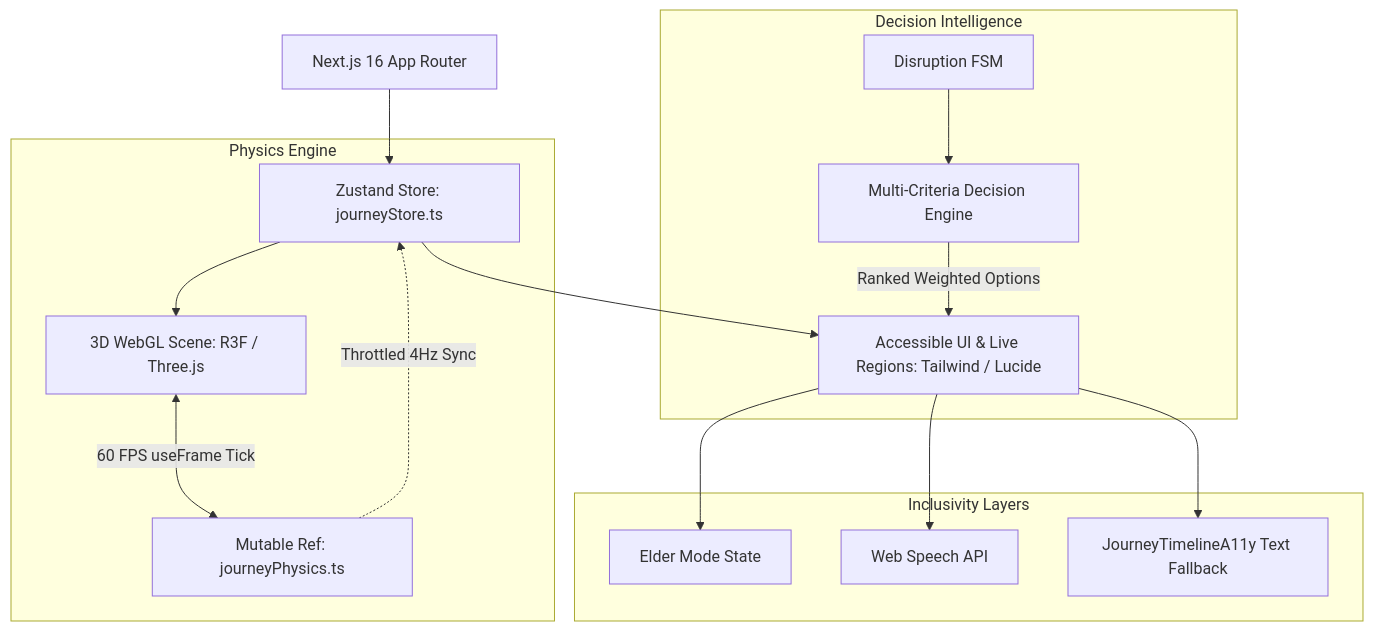
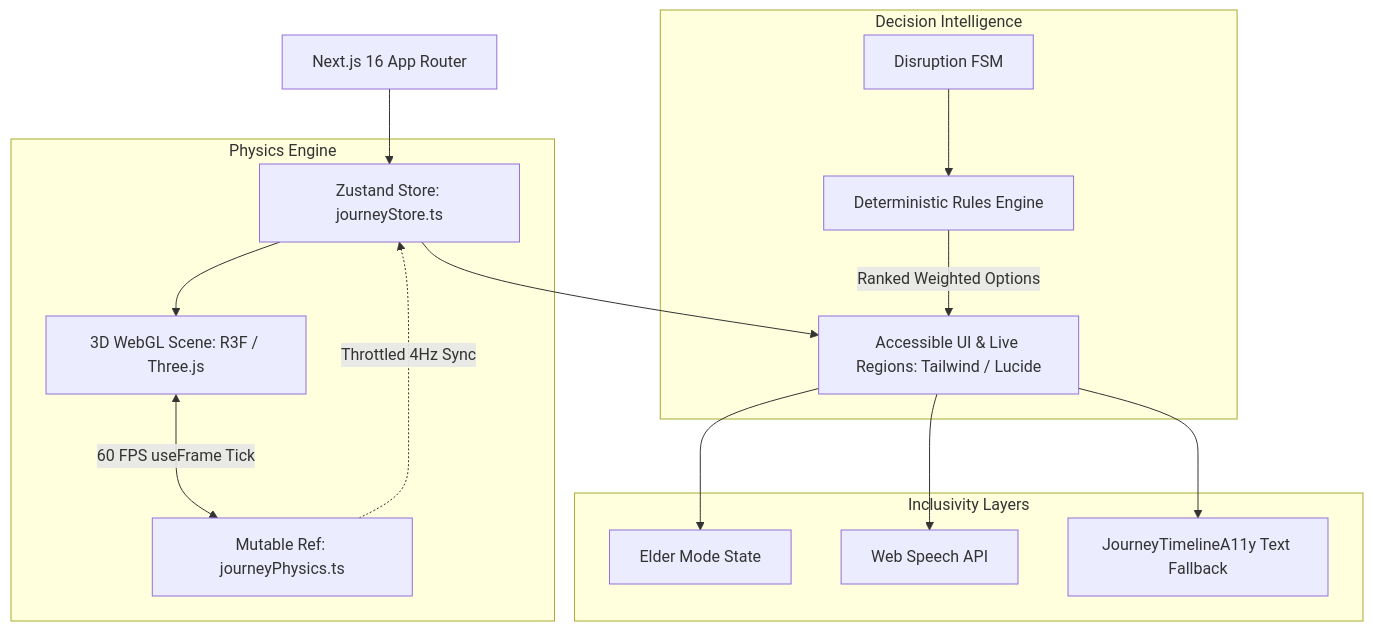
The diagram in README.md (Jatinkumar2503/Sahayak), drawn with Mermaid before and after one commit. The commit also changed other lines of this file and 20 other files, not shown here.

````diff
--- a/README.md
+++ b/README.md
@@ -28,23 +28,23 @@
 ```mermaid
 graph TD
     A[Next.js 16 App Router] --> B[Zustand Store: journeyStore.ts]
     B --> C[3D WebGL Scene: R3F / Three.js]
     B --> D[Accessible UI & Live Regions: Tailwind / Lucide]
     
     subgraph Physics Engine
         E[Mutable Ref: journeyPhysics.ts]
         C <-->|60 FPS useFrame Tick| E
         E -.->|Throttled 4Hz Sync| B
     end
     
     subgraph Decision Intelligence
-        F[Disruption FSM] --> G[Multi-Criteria Decision Engine]
+        F[Disruption FSM] --> G[Deterministic Rules Engine]
         G -->|Ranked Weighted Options| D
     end
     
     subgraph Inclusivity Layers
         D --> H[Elder Mode State]
         D --> I[Web Speech API]
         D --> J[JourneyTimelineA11y Text Fallback]
     end
 ```
````
